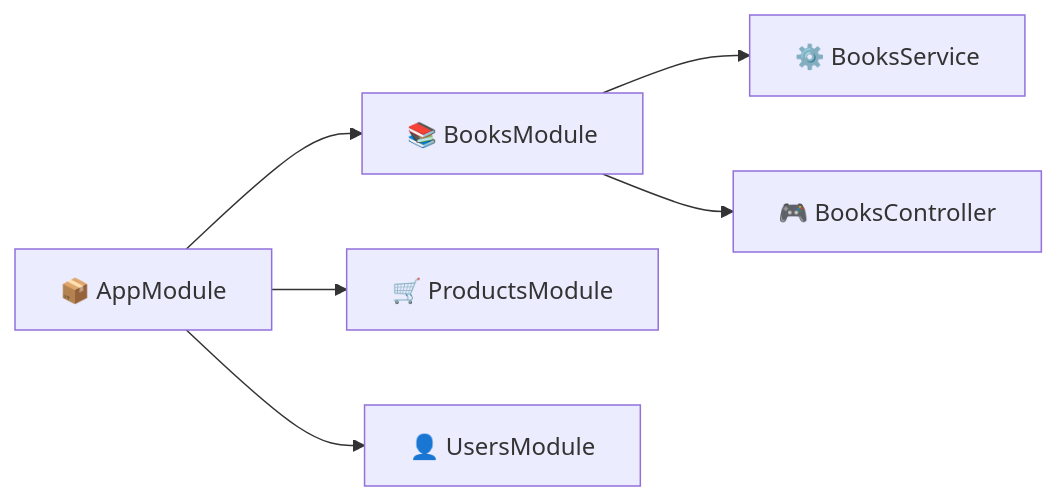
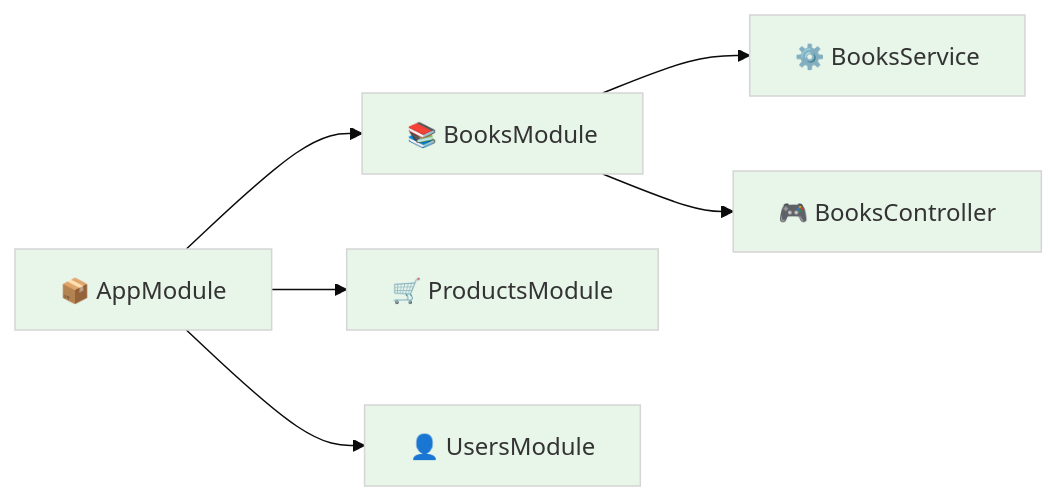
One commit to alvianzf/introduction-to-nest changed the first of 5 diagrams in CODEBASE_ANALYSIS.md. Above: the diagram before and after it, drawn with Mermaid. The commit also changed other lines of this file and 2 other files, not shown here.

Commit message:
Enhance documentation visuals: Brighten Mermaid diagrams for better visibility

````diff
--- a/CODEBASE_ANALYSIS.md
+++ b/CODEBASE_ANALYSIS.md
@@ -10,9 +10,10 @@
 ```mermaid
+%%{init: {'theme': 'base', 'themeVariables': { 'primaryColor': '#e8f5e9', 'edgeColor': '#1b5e20', 'tertiaryColor': '#fff3e0'}}}%%
 graph LR
     AppModule["📦 AppModule"] --> BooksModule["📚 BooksModule"]
     AppModule --> ProductsModule["🛒 ProductsModule"]
     AppModule --> UsersModule["👤 UsersModule"]
     
     BooksModule --> BooksService["⚙️ BooksService"]
     BooksModule --> BooksController["🎮 BooksController"]
 ```
````
